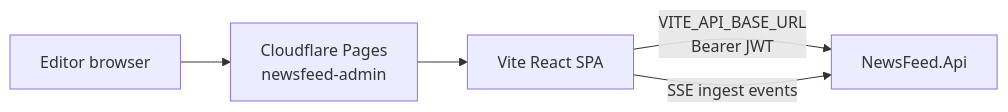
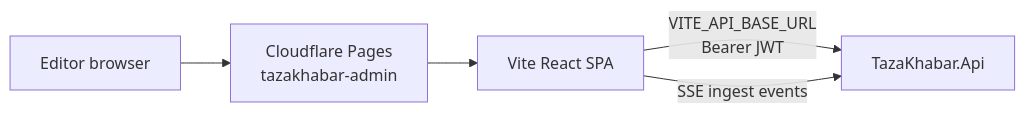
Before and after one commit to sshivanshg/TAZAkhabar: the first of 2 diagrams in docs/architecture/05-admin.md, drawn with Mermaid. The commit also changed other lines of this file and 108 other files, not shown here.

Commit message:
Rename project and configuration from NewsFeed to TazaKhabar

````diff
--- a/docs/architecture/05-admin.md
+++ b/docs/architecture/05-admin.md
@@ -17,7 +17,7 @@
 ```mermaid
 flowchart LR
-  Editor[Editor browser] --> Pages[Cloudflare Pages<br/>newsfeed-admin]
+  Editor[Editor browser] --> Pages[Cloudflare Pages<br/>tazakhabar-admin]
   Pages --> SPA[Vite React SPA]
-  SPA -->|VITE_API_BASE_URL<br/>Bearer JWT| API[NewsFeed.Api]
+  SPA -->|VITE_API_BASE_URL<br/>Bearer JWT| API[TazaKhabar.Api]
   SPA -->|SSE ingest events| API
 ```
````
